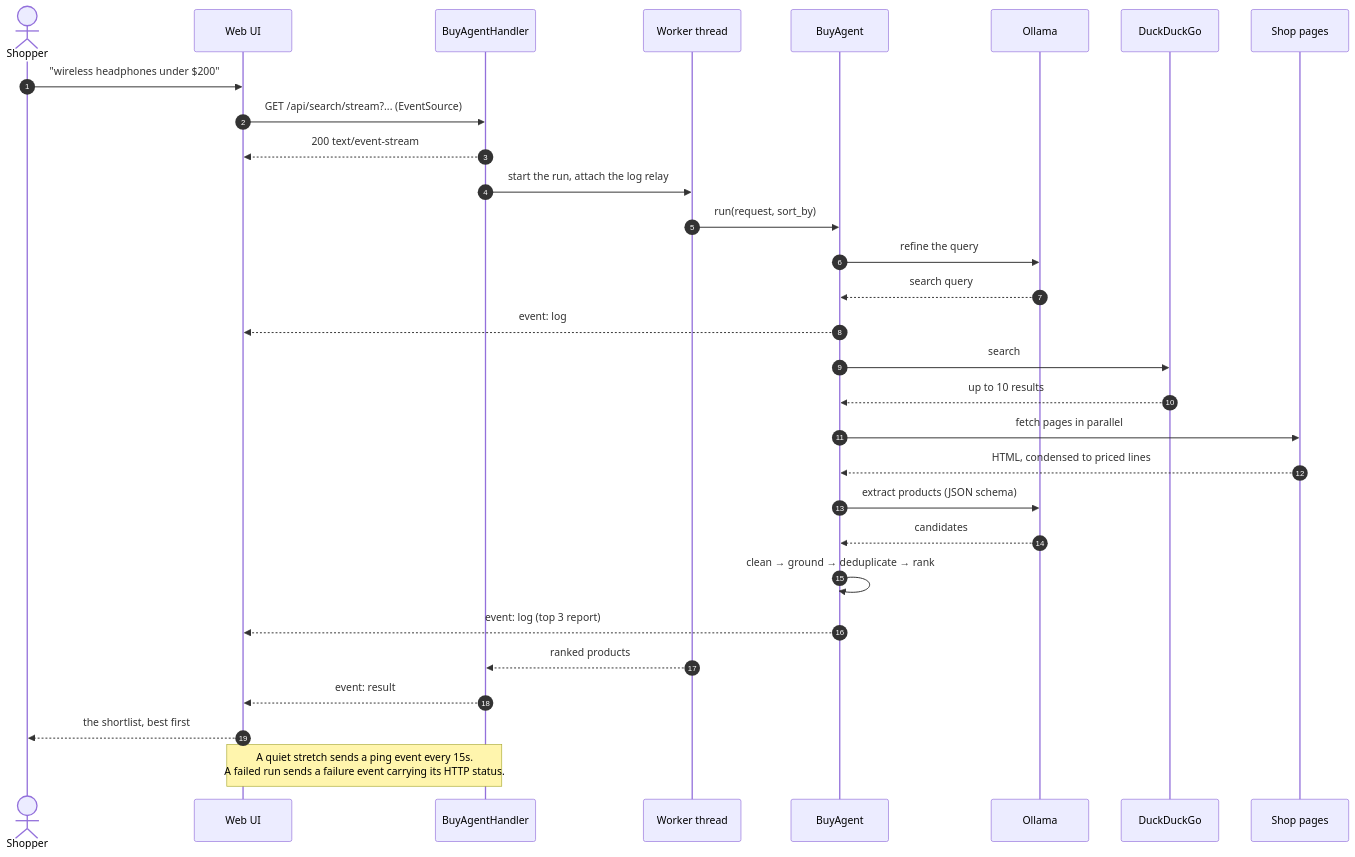
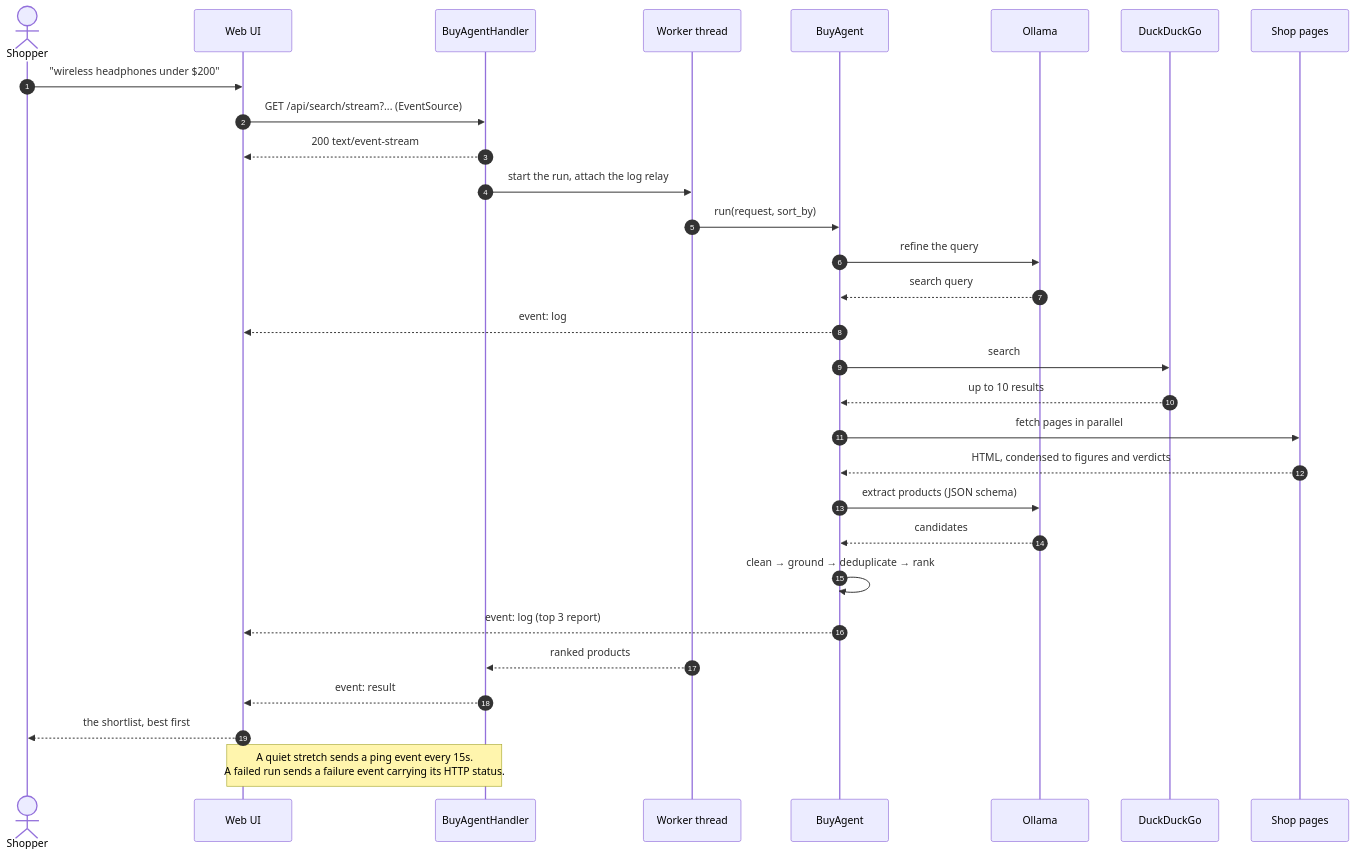
The fifth of 5 diagrams in docs/architecture.md (adamw7/buy_agent), drawn with Mermaid before and after one commit. The commit also changed other lines of this file and 27 other files, not shown here.

````diff
--- a/docs/architecture.md
+++ b/docs/architecture.md
@@ -241,33 +250,33 @@
 ```mermaid
 sequenceDiagram
     autonumber
     actor S as Shopper
     participant UI as Web UI
     participant H as BuyAgentHandler
     participant W as Worker thread
     participant A as BuyAgent
     participant O as Ollama
     participant D as DuckDuckGo
     participant P as Shop pages
 
     S->>UI: "wireless headphones under $200"
     UI->>H: GET /api/search/stream?... (EventSource)
     H-->>UI: 200 text/event-stream
     H->>W: start the run, attach the log relay
     W->>A: run(request, sort_by)
     A->>O: refine the query
     O-->>A: search query
     A-->>UI: event: log
     A->>D: search
     D-->>A: up to 10 results
     A->>P: fetch pages in parallel
-    P-->>A: HTML, condensed to priced lines
+    P-->>A: HTML, condensed to figures and verdicts
     A->>O: extract products (JSON schema)
     O-->>A: candidates
     A->>A: clean → ground → deduplicate → rank
     A-->>UI: event: log (top 3 report)
     W-->>H: ranked products
     H-->>UI: event: result
     UI-->>S: the shortlist, best first
     Note over H,UI: A quiet stretch sends a ping event every 15s.<br/>A failed run sends a failure event carrying its HTTP status.
 ```
````
